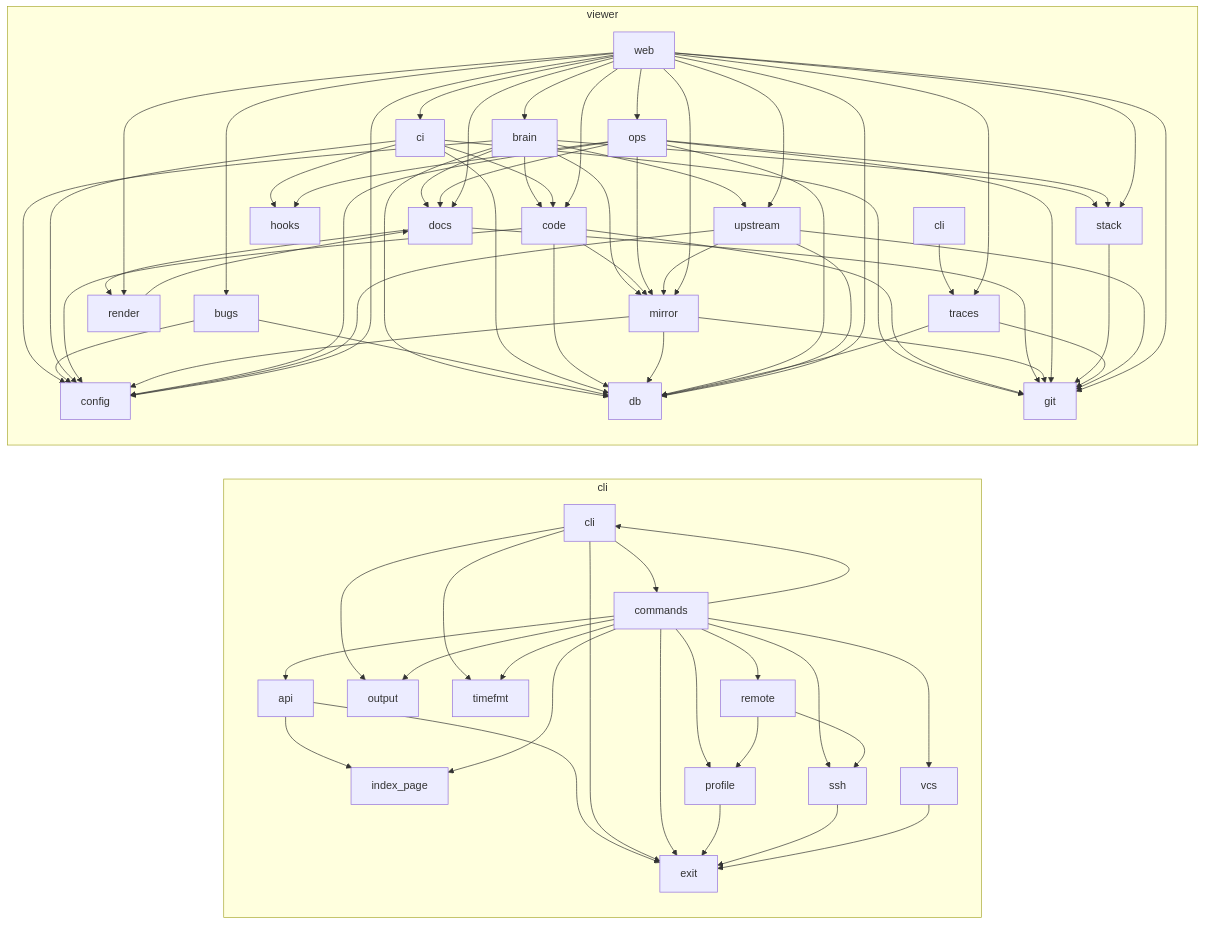
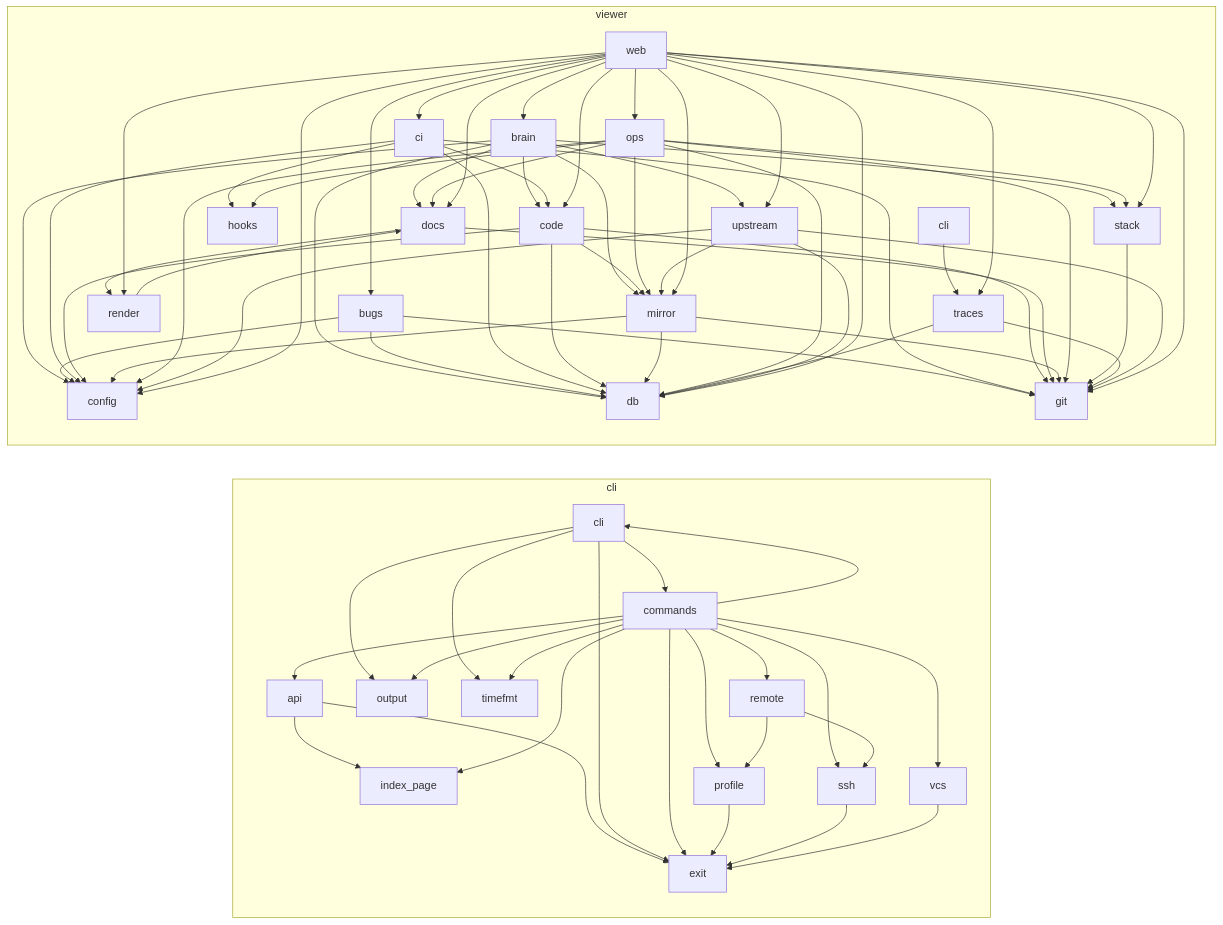
Before and after one commit to matthiasdebernardini/nashcode: the second of 2 diagrams in ARCHITECTURE.md, drawn with Mermaid. The commit also changed 23 other files, not shown here.

```diff
--- a/ARCHITECTURE.md
+++ b/ARCHITECTURE.md
@@ -101,6 +101,7 @@
   viewer_brain --> viewer_upstream
   viewer_bugs --> viewer_config
   viewer_bugs --> viewer_db
+  viewer_bugs --> viewer_git
   viewer_ci --> viewer_code
   viewer_ci --> viewer_config
   viewer_ci --> viewer_db
```
